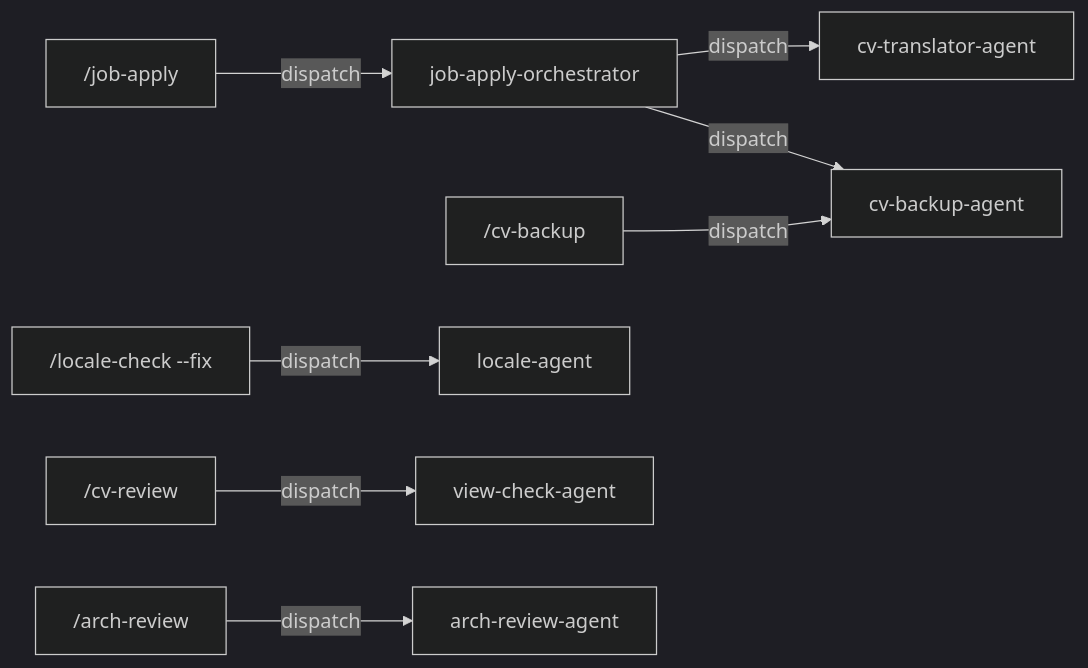
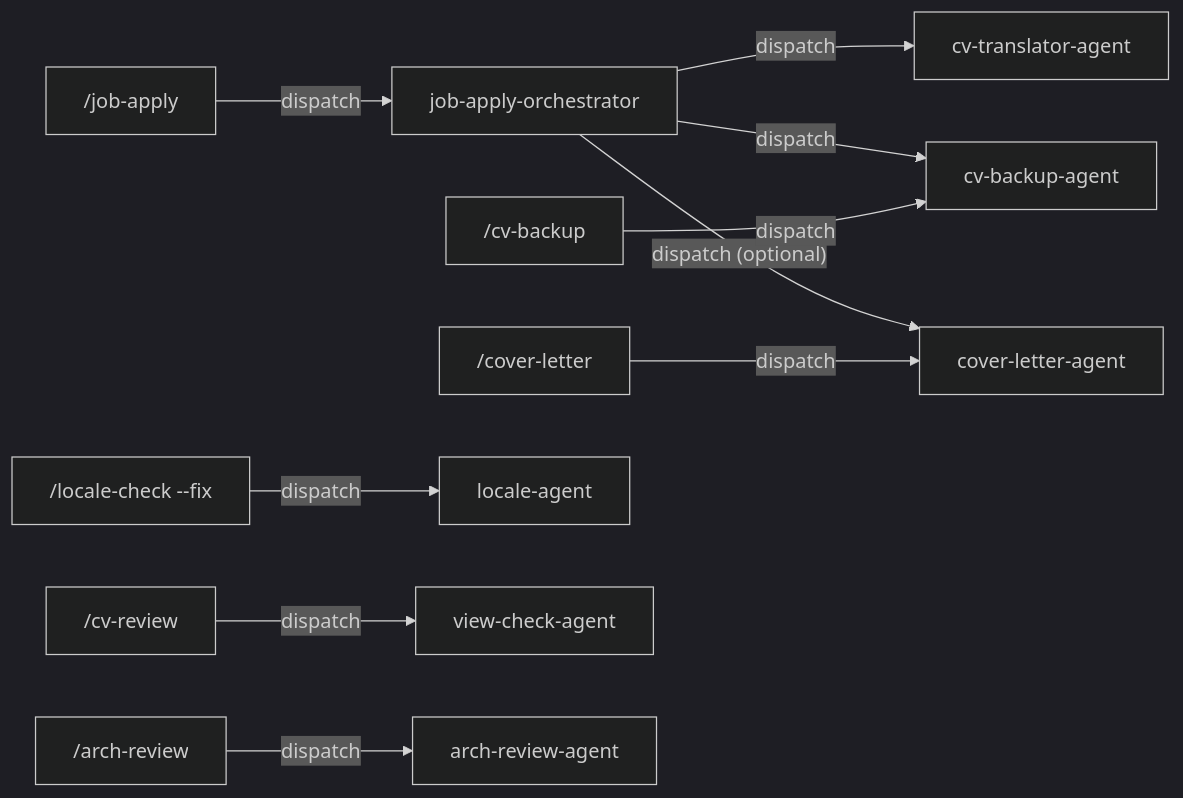
The fourth of 4 diagrams in devdocs/ai-workflow.md (exphoenee/CV), drawn with Mermaid (dark theme) before and after one commit. The commit also changed other lines of this file and 5 other files, not shown here.

````diff
--- a/devdocs/ai-workflow.md
+++ b/devdocs/ai-workflow.md
@@ -380,10 +377,12 @@
 ```mermaid
 graph LR
     JA["/job-apply"] -->|dispatch| JAO["job-apply-orchestrator"]
     JAO -->|dispatch| CTA["cv-translator-agent"]
     JAO -->|dispatch| CBA["cv-backup-agent"]
+    JAO -->|"dispatch (optional)"| CLA["cover-letter-agent"]
     CB["/cv-backup"] -->|dispatch| CBA
+    CL["/cover-letter"] -->|dispatch| CLA
     LC["/locale-check --fix"] -->|dispatch| LA["locale-agent"]
     CR["/cv-review"] -->|dispatch| VCA["view-check-agent"]
     AR["/arch-review"] -->|dispatch| ARA["arch-review-agent"]
 ```
````
